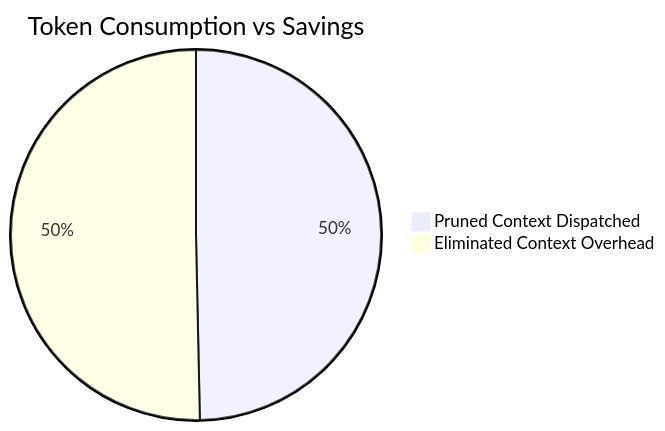
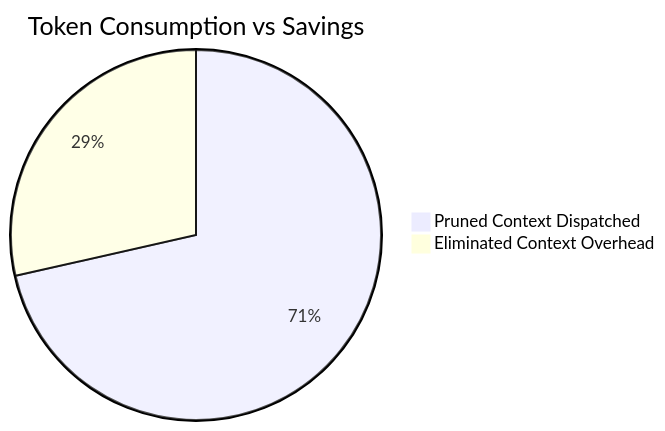
The diagram in workplace/docs/reports/token_savings_report.md (lakhwindersingh/nb_fairyfly), drawn with Mermaid before and after one commit. The commit also changed other lines of this file and 97 other files, not shown here.

````diff
--- a/workplace/docs/reports/token_savings_report.md
+++ b/workplace/docs/reports/token_savings_report.md
@@ -26,5 +26,5 @@
 ```mermaid
 pie title Token Consumption vs Savings
-    "Pruned Context Dispatched" : 5407590
-    "Eliminated Context Overhead" : 5480785
+    "Pruned Context Dispatched" : 4076
+    "Eliminated Context Overhead" : 1628
 ```
````
